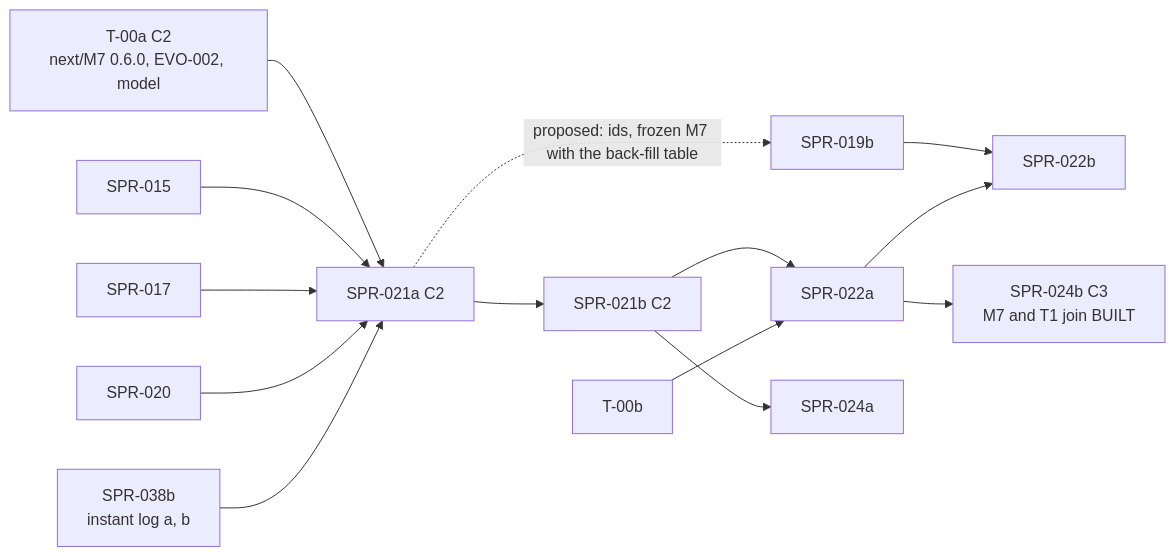
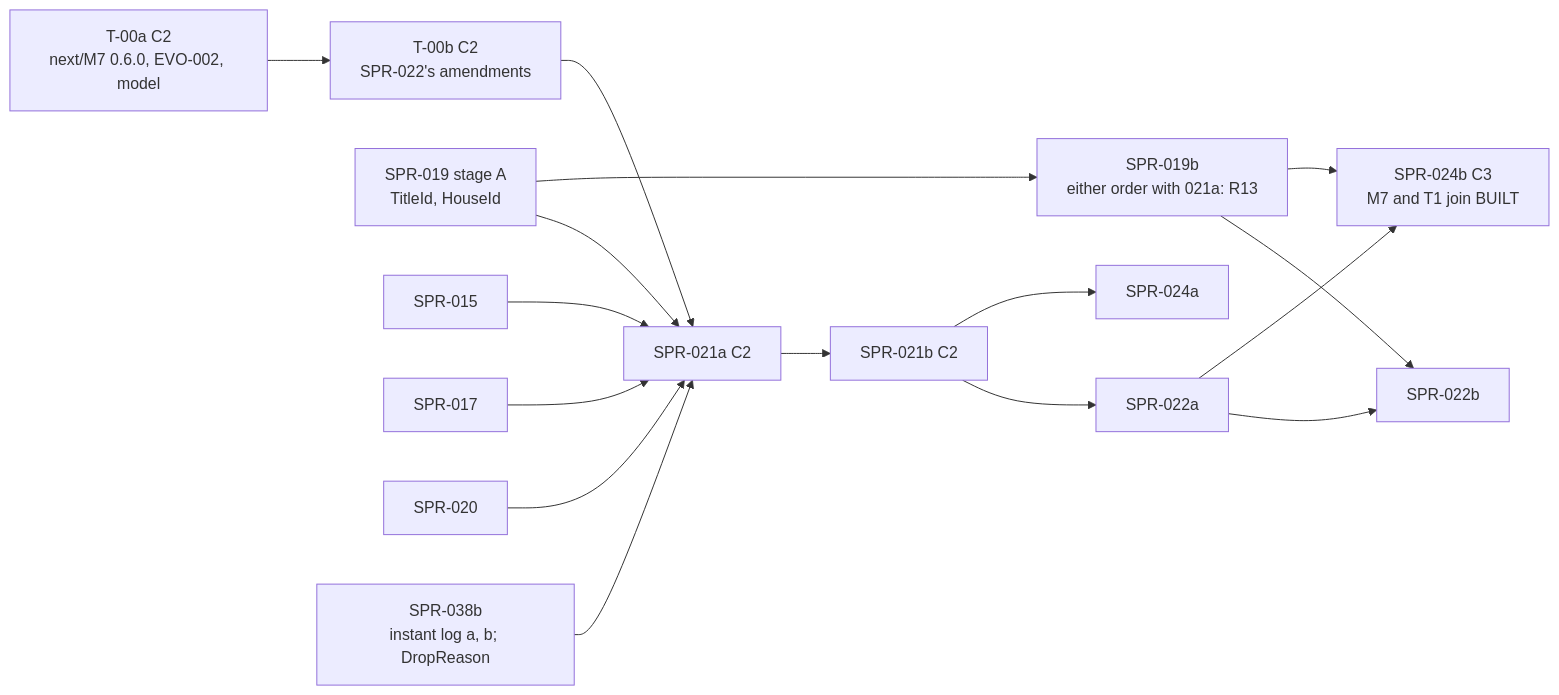
The diagram in CODEX/05_PROJECT/SPR-021_SuccessionF1.md (BigRigVibeCoder/Rehoboam), drawn with Mermaid before and after one commit. The commit also changed other lines of this file and 3 other files, not shown here.

First line of the commit message:
plan(P1a): wave-7 plans revision 2 after the joint re-check (X13, R1-R16): SPR-021 0.3.0, SPR-022 0.3.0, PRJ-002 graph, lanes and T-00a/T-00b rows, D58 restated [C1]

````diff
--- a/CODEX/05_PROJECT/SPR-021_SuccessionF1.md
+++ b/CODEX/05_PROJECT/SPR-021_SuccessionF1.md
@@ -291,16 +293,18 @@
 ```mermaid
 flowchart LR
-  T00a[T-00a C2<br/>next/M7 0.6.0, EVO-002, model] --> S021a[SPR-021a C2]
+  T00a[T-00a C2<br/>next/M7 0.6.0, EVO-002, model] --> T00b[T-00b C2<br/>SPR-022's amendments]
+  T00b --> S021a[SPR-021a C2]
+  S019A[SPR-019 stage A<br/>TitleId, HouseId] --> S021a
   S015[SPR-015] --> S021a
   S017[SPR-017] --> S021a
   S020[SPR-020] --> S021a
-  S038b[SPR-038b<br/>instant log a, b] --> S021a
+  S038b[SPR-038b<br/>instant log a, b; DropReason] --> S021a
+  S019A --> S019b[SPR-019b<br/>either order with 021a: R13]
   S021a --> S021b[SPR-021b C2]
-  S021a -.proposed: ids, frozen M7 with the back-fill table.-> S019b[SPR-019b]
   S021b --> S022a[SPR-022a]
-  T00b[T-00b] --> S022a
   S019b --> S022b[SPR-022b]
   S022a --> S022b
   S021b --> S024a[SPR-024a]
   S022a --> S024b[SPR-024b C3<br/>M7 and T1 join BUILT]
+  S019b --> S024b
 ```
````
